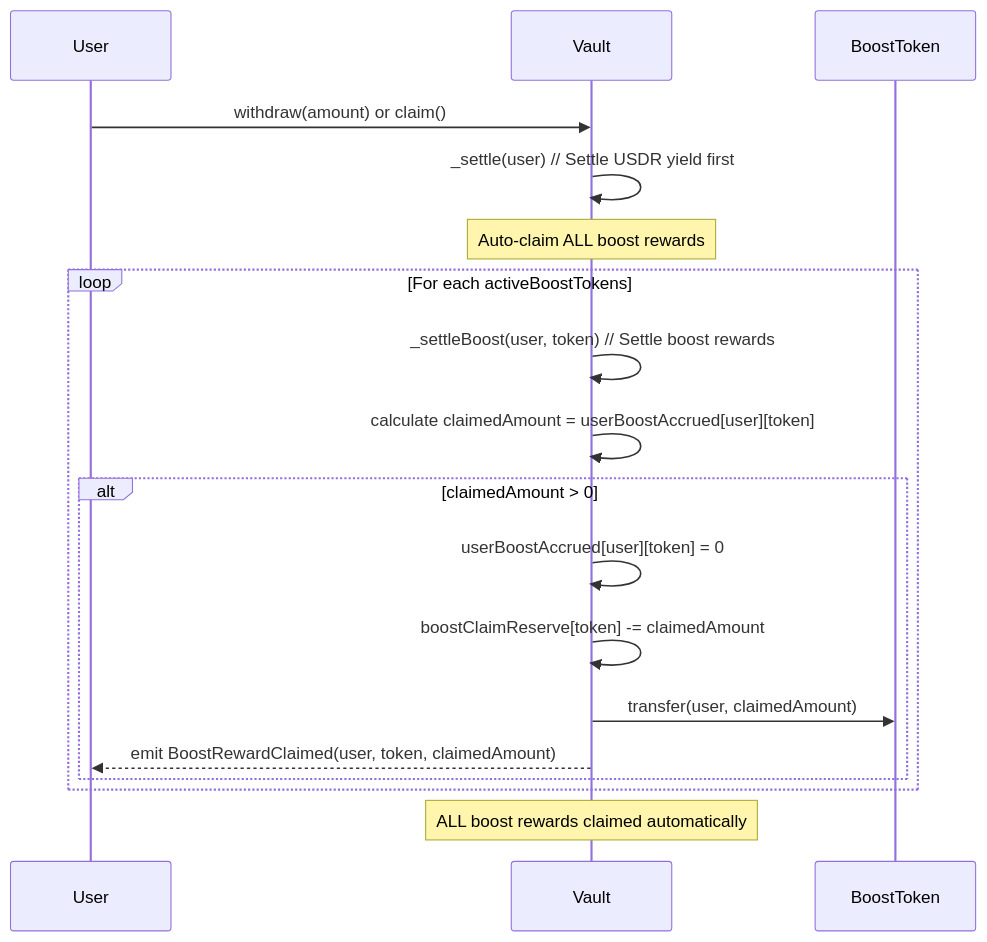
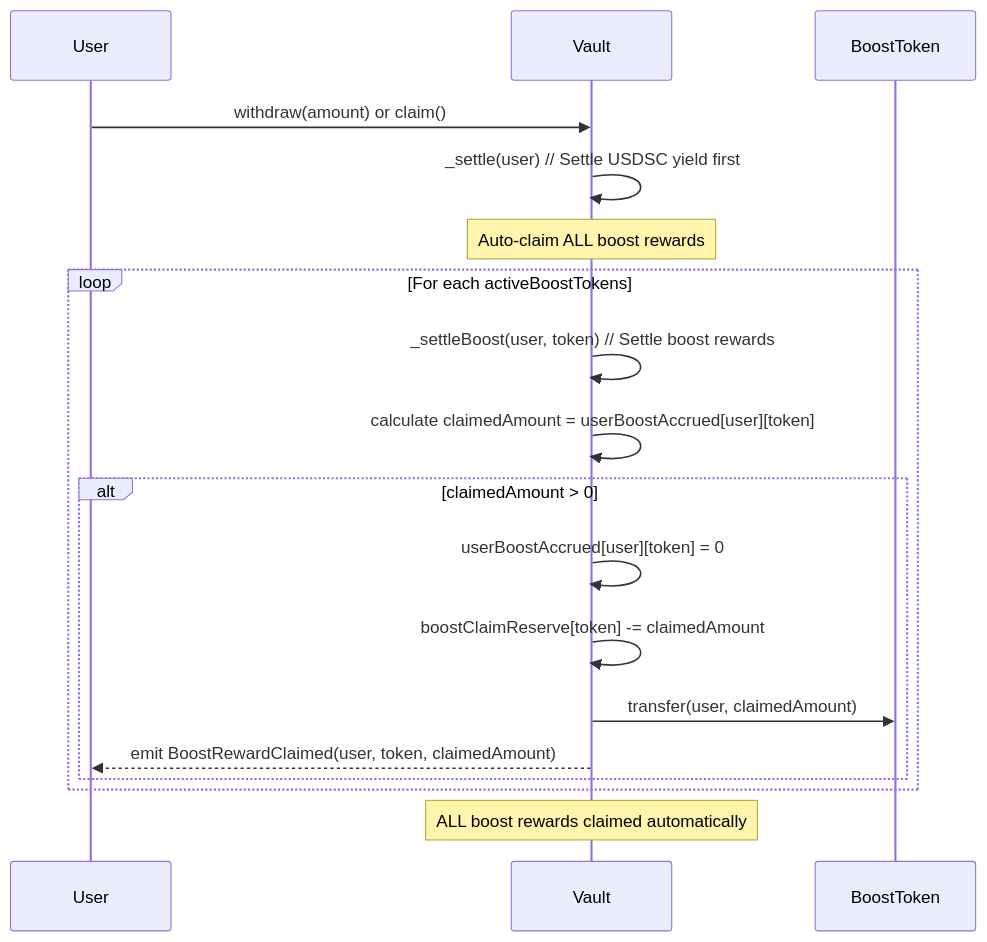
The fifth of 6 diagrams in src/vaults/earn/earn-vault.md (StartaleGroup/stablecoin-vault-contracts), drawn with Mermaid before and after one commit. The commit also changed other lines of this file and 29 other files, not shown here.

Commit message:
replace USDR with USDSC

````diff
--- a/src/vaults/earn/earn-vault.md
+++ b/src/vaults/earn/earn-vault.md
@@ -173,23 +173,23 @@
 ```mermaid
 sequenceDiagram
     participant User
     participant Vault
     participant BoostToken
     
     User->>Vault: withdraw(amount) or claim()
-    Vault->>Vault: _settle(user) // Settle USDR yield first
+    Vault->>Vault: _settle(user) // Settle USDSC yield first
     
     Note over Vault: Auto-claim ALL boost rewards
     loop For each activeBoostTokens
         Vault->>Vault: _settleBoost(user, token) // Settle boost rewards
         Vault->>Vault: calculate claimedAmount = userBoostAccrued[user][token]
         alt claimedAmount > 0
             Vault->>Vault: userBoostAccrued[user][token] = 0
             Vault->>Vault: boostClaimReserve[token] -= claimedAmount
             Vault->>BoostToken: transfer(user, claimedAmount)
             Vault-->>User: emit BoostRewardClaimed(user, token, claimedAmount)
         end
     end
     
     Note over Vault: ALL boost rewards claimed automatically
 ```
````
